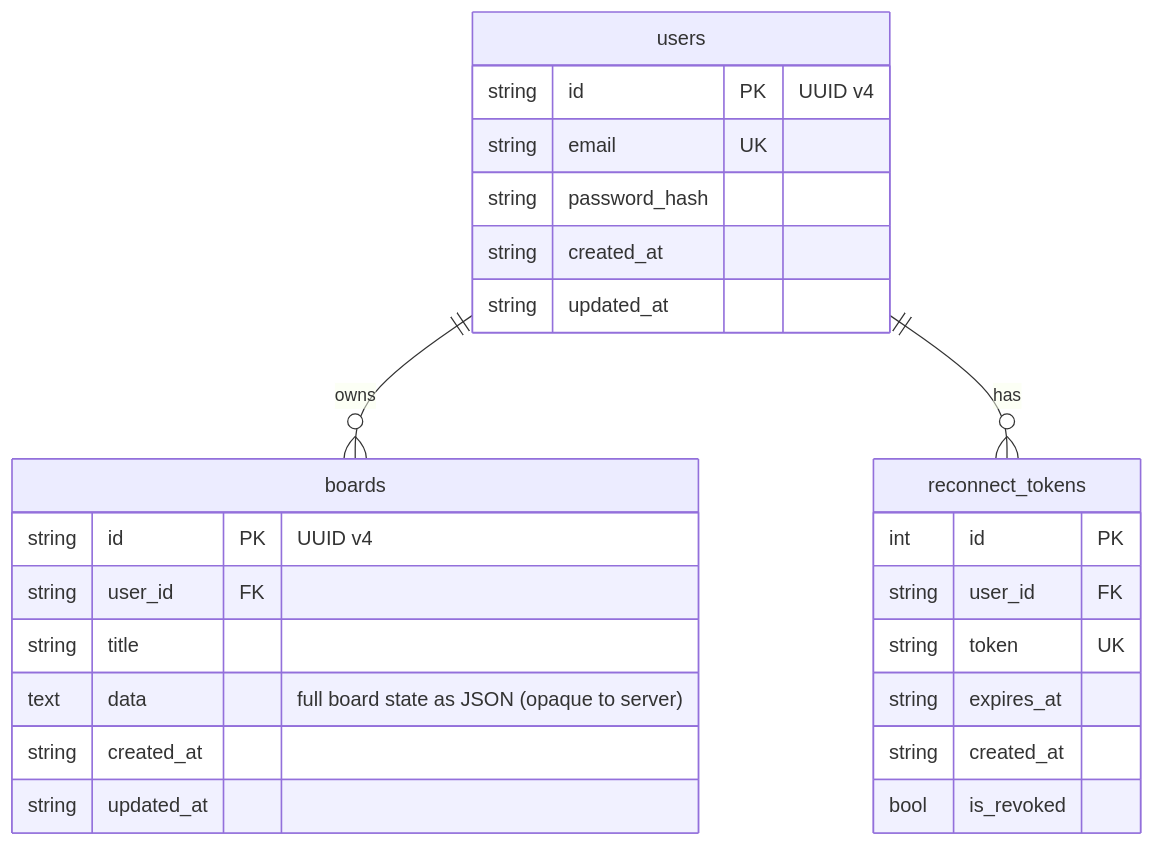
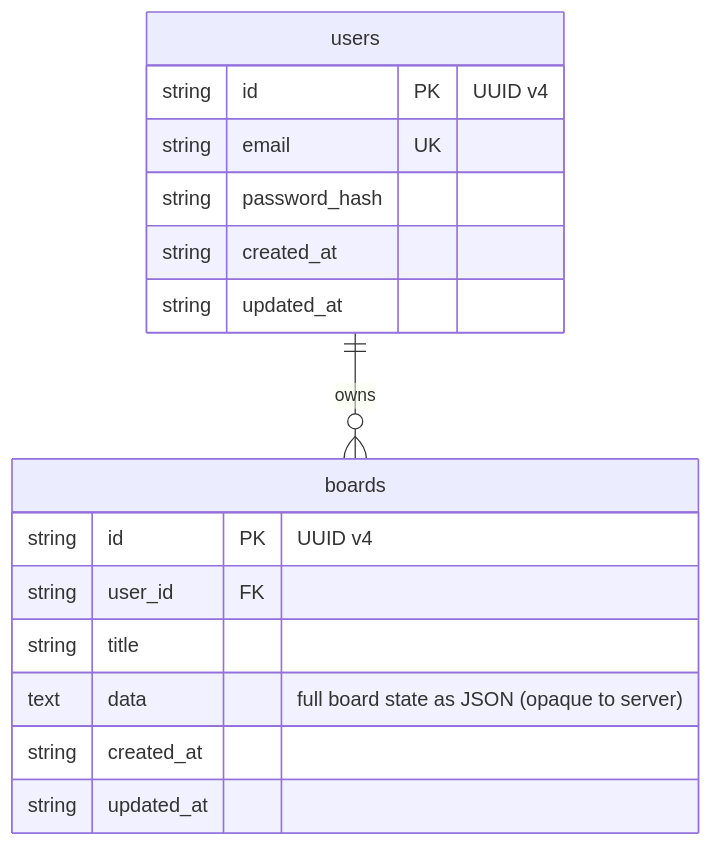
One commit to h3x4d3c1m4l/h3xBoardServer changed the diagram in README.md. Above: the diagram before and after it, drawn with Mermaid. The commit also changed other lines of this file and 7 other files, not shown here.

````diff
--- a/README.md
+++ b/README.md
@@ -18,31 +18,21 @@
 ```mermaid
 erDiagram
     users {
         string  id           PK "UUID v4"
         string  email        UK
         string  password_hash
         string  created_at
         string  updated_at
     }
 
     boards {
         string  id           PK "UUID v4"
         string  user_id      FK
         string  title
         text    data            "full board state as JSON (opaque to server)"
         string  created_at
         string  updated_at
     }
 
-    reconnect_tokens {
-        int     id           PK
-        string  user_id      FK
-        string  token        UK
-        string  expires_at
-        string  created_at
-        bool    is_revoked
-    }
-
-    users ||--o{ boards          : owns
-    users ||--o{ reconnect_tokens  : has
+    users ||--o{ boards : owns
 ```
````
